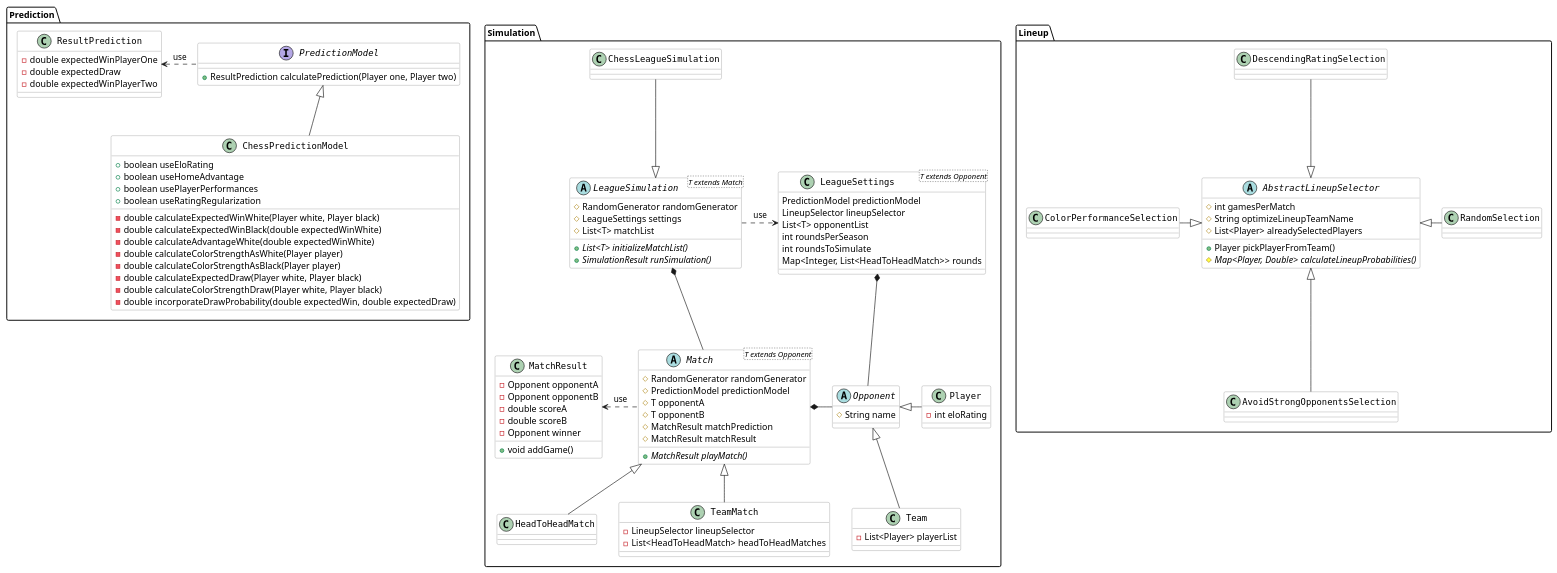
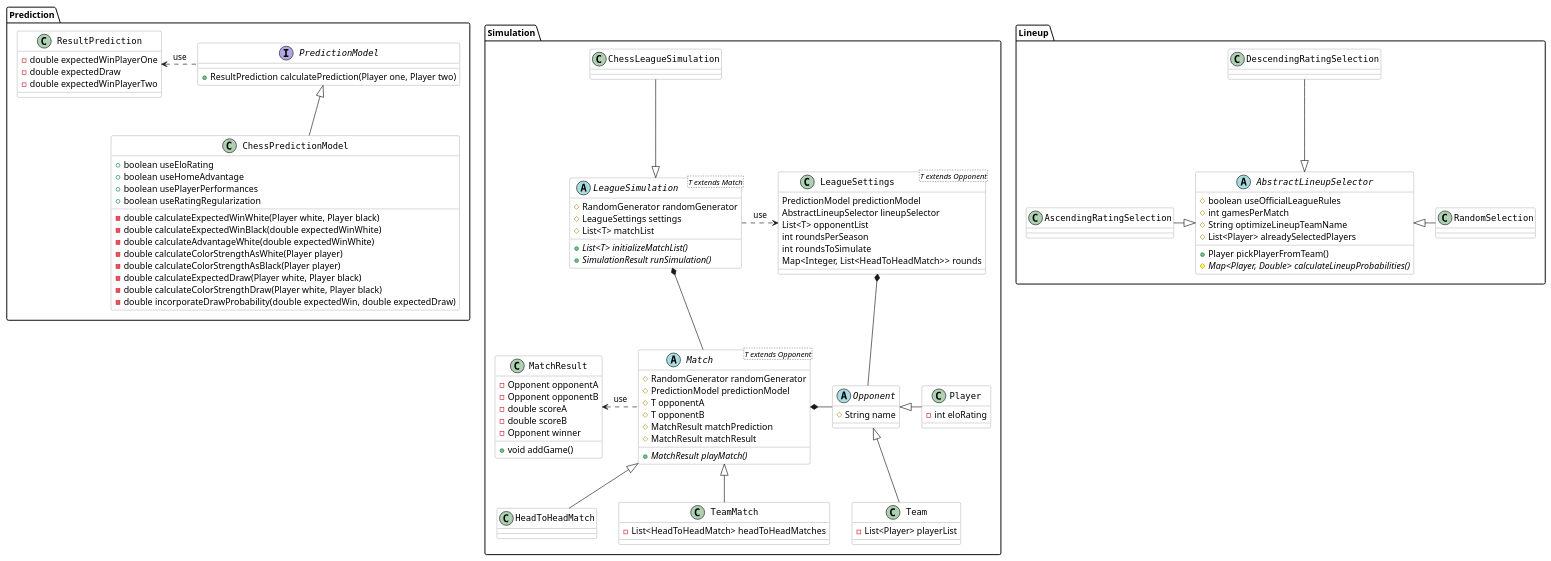
Before and after one commit to ben05s/league-montecarlo-simulation: the diagram in diagrams/simulation.puml, drawn with PlantUML. The commit also changed 4 other files, not shown here.

Commit message:
changed diagram

```diff
--- a/diagrams/simulation.puml
+++ b/diagrams/simulation.puml
@@ -1,128 +1,127 @@
 @startuml
 
 skinparam class {
     FontColor black
     BackgroundColor white
     BorderColor grey
     FontName Monospaced
 }
 package "Prediction" {
     interface PredictionModel {
         +ResultPrediction calculatePrediction(Player one, Player two)
     }
 
     class ChessPredictionModel {
         +boolean useEloRating
         +boolean useHomeAdvantage
         +boolean usePlayerPerformances
         +boolean useRatingRegularization
         -double calculateExpectedWinWhite(Player white, Player black)
         -double calculateExpectedWinBlack(double expectedWinWhite)
         -double calculateAdvantageWhite(double expectedWinWhite)
         -double calculateColorStrengthAsWhite(Player player)
         -double calculateColorStrengthAsBlack(Player player)
         -double calculateExpectedDraw(Player white, Player black)
         -double calculateColorStrengthDraw(Player white, Player black)
         -double incorporateDrawProbability(double expectedWin, double expectedDraw)
     }
 
     class ResultPrediction {
         -double expectedWinPlayerOne
         -double expectedDraw
         -double expectedWinPlayerTwo
     }
     ResultPrediction <. PredictionModel : use
     PredictionModel <|-- ChessPredictionModel
 }
 
 package "Simulation" {
     abstract class LeagueSimulation<T extends Match> #white {
         #RandomGenerator randomGenerator
         #LeagueSettings settings
         #List<T> matchList
         +{abstract} List<T> initializeMatchList()
         +{abstract} SimulationResult runSimulation()
     }
 
     class ChessLeagueSimulation {
     }
 
     class LeagueSettings<T extends Opponent> {
         PredictionModel predictionModel
-        LineupSelector lineupSelector
+        AbstractLineupSelector lineupSelector
         List<T> opponentList
         int roundsPerSeason
         int roundsToSimulate
         Map<Integer, List<HeadToHeadMatch>> rounds
     }
 
     abstract Match<T extends Opponent> {
         #RandomGenerator randomGenerator
         #PredictionModel predictionModel
         #T opponentA
         #T opponentB
         #MatchResult matchPrediction
         #MatchResult matchResult
         +{abstract}MatchResult playMatch()
     }
 
     class HeadToHeadMatch {
 
     }
 
     class TeamMatch {
-        -LineupSelector lineupSelector
         -List<HeadToHeadMatch> headToHeadMatches
     }
 
     abstract Opponent {
         #String name
     }
 
     class Player {
         -int eloRating
     }
 
     class Team {
         -List<Player> playerList
     }
 
     class MatchResult {
         -Opponent opponentA
         -Opponent opponentB
         -double scoreA
         -double scoreB
         -Opponent winner
         +void addGame()
     }
 
     ChessLeagueSimulation --|> LeagueSimulation
     Match <|-- TeamMatch
     Match <|-- HeadToHeadMatch
 
     MatchResult <. Match : use
 
     Opponent <|- Player
     Opponent <|-- Team
 
     Match *- Opponent
     LeagueSettings *-- Opponent
     LeagueSimulation *-- Match
 
     LeagueSimulation .> LeagueSettings : use
 }
 
 package "Lineup" {
     abstract AbstractLineupSelector {
+        #boolean useOfficialLeagueRules
         #int gamesPerMatch
         #String optimizeLineupTeamName
         #List<Player> alreadySelectedPlayers
         +Player pickPlayerFromTeam()
         #{abstract} Map<Player, Double> calculateLineupProbabilities()
     }
-    AbstractLineupSelector <|-- AvoidStrongOpponentsSelection
-    ColorPerformanceSelection -|> AbstractLineupSelector
+    AscendingRatingSelection -|> AbstractLineupSelector
     DescendingRatingSelection --|> AbstractLineupSelector
     AbstractLineupSelector <|- RandomSelection
 }
 @enduml
```
